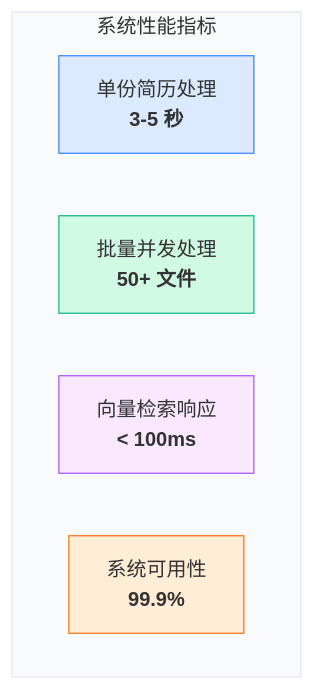
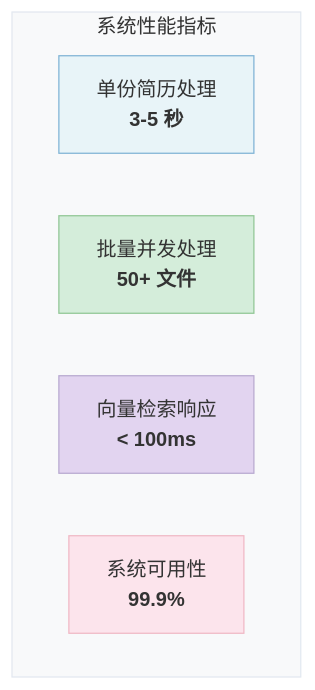
The fourth of 18 diagrams in README.md (xt765/ResumeScreening), drawn with Mermaid before and after one commit. The commit also changed other lines of this file and 4 other files, not shown here.

````diff
--- a/README.md
+++ b/README.md
@@ -155,15 +160,15 @@
 ```mermaid
 graph TD
     subgraph Performance [系统性能指标]
         A["单份简历处理<br/><b>3-5 秒</b>"]
         B["批量并发处理<br/><b>50+ 文件</b>"]
         C["向量检索响应<br/><b>< 100ms</b>"]
         D["系统可用性<br/><b>99.9%</b>"]
     end
     
-    style Performance fill:#f8fafc,stroke:#e2e8f0
-    style A fill:#dbeafe,stroke:#3b82f6
-    style B fill:#d1fae5,stroke:#10b981
-    style C fill:#fae8ff,stroke:#a855f7
-    style D fill:#ffedd5,stroke:#f97316
+    style Performance fill:#f8f9fa,stroke:#e2e8f0
+    style A fill:#e8f4f8,stroke:#7fb3d5
+    style B fill:#d4edda,stroke:#90c695
+    style C fill:#e2d4f0,stroke:#b8a9d0
+    style D fill:#fce4ec,stroke:#f0b8c4
 ```
````
